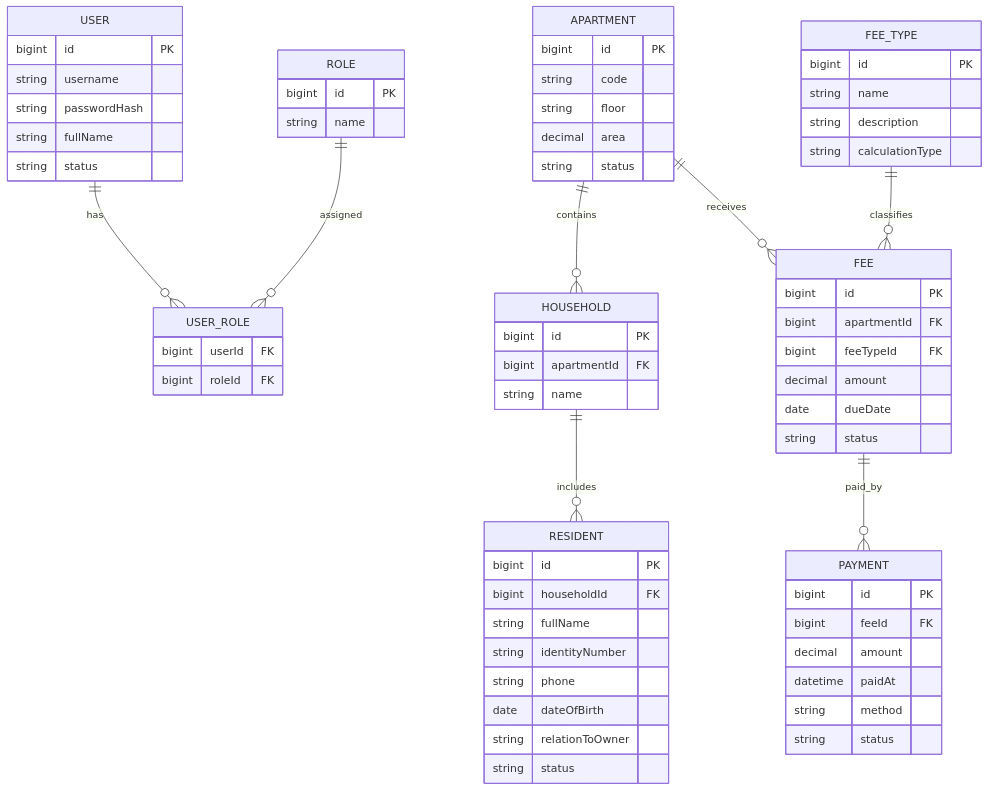
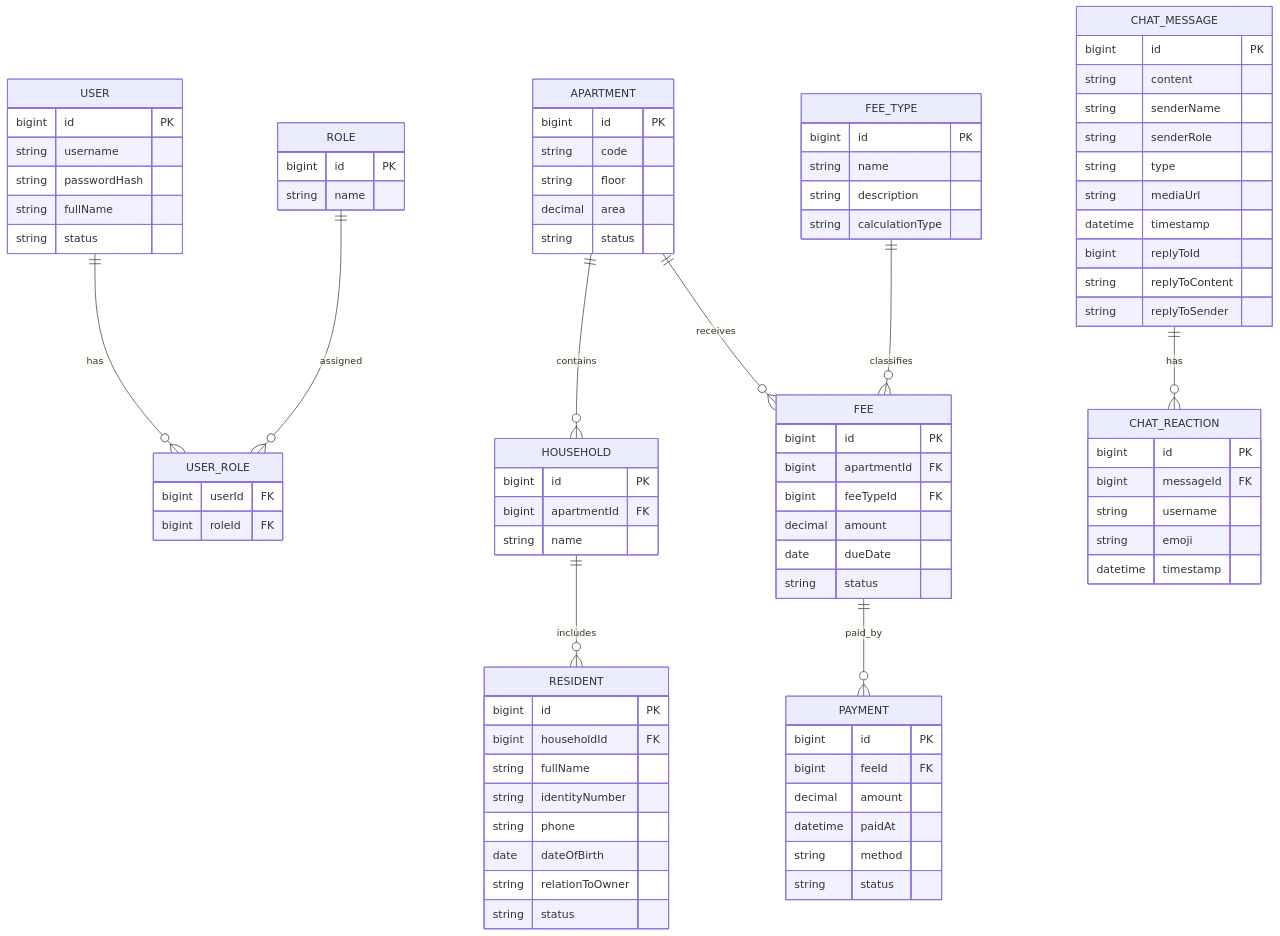
Before and after one commit to dangls-hub/intro-to-software-engineering-2026: the third of 3 diagrams in docs/03-design/README.md, drawn with Mermaid. The commit also changed other lines of this file and 6 other files, not shown here.

````diff
--- a/docs/03-design/README.md
+++ b/docs/03-design/README.md
@@ -215,4 +227,27 @@
     APARTMENT ||--o{ FEE : receives
     FEE_TYPE ||--o{ FEE : classifies
     FEE ||--o{ PAYMENT : paid_by
+
+    CHAT_MESSAGE {
+        bigint id PK
+        string content
+        string senderName
+        string senderRole
+        string type
+        string mediaUrl
+        datetime timestamp
+        bigint replyToId
+        string replyToContent
+        string replyToSender
+    }
+
+    CHAT_REACTION {
+        bigint id PK
+        bigint messageId FK
+        string username
+        string emoji
+        datetime timestamp
+    }
+
+    CHAT_MESSAGE ||--o{ CHAT_REACTION : has
 ```
````
